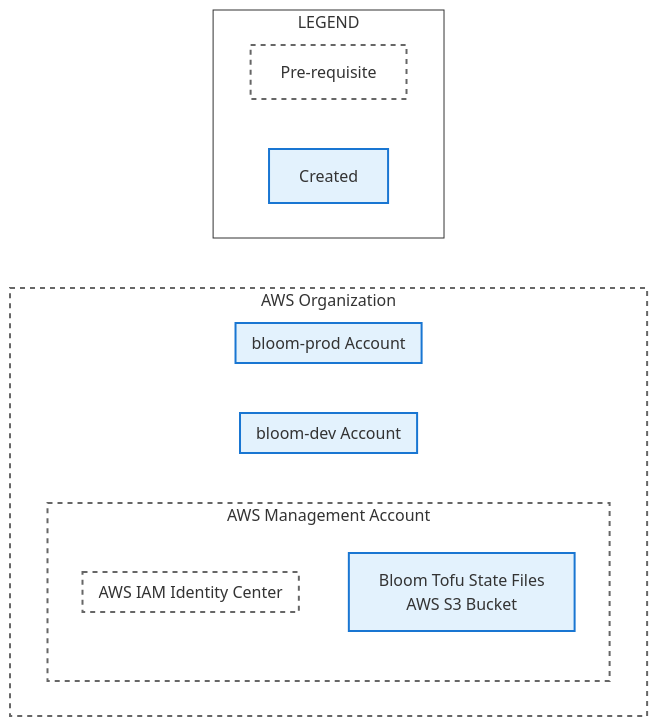
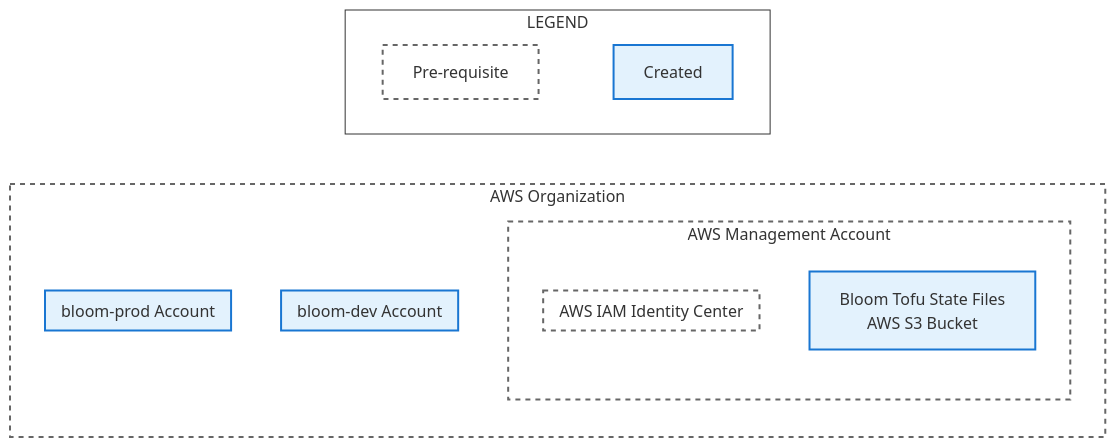
One commit to bloom-housing/bloom changed the diagram in infra/aws_deployment_guide/0_README.md. Above: the diagram before and after it, drawn with Mermaid. The commit also changed 1 other file, not shown here.

Commit message:
Try and get graphs to render top down on github

````diff
--- a/infra/aws_deployment_guide/0_README.md
+++ b/infra/aws_deployment_guide/0_README.md
@@ -9,40 +9,47 @@
 ```mermaid
-graph TD
+graph TB
   subgraph ORG[AWS Organization]
+      direction TB
+
       subgraph MA[AWS Management Account]
+          direction TB
+
           S3[Bloom Tofu State Files<br/>AWS S3 Bucket]
 
           subgraph IC[AWS IAM Identity Center]
           end
-
       end
       subgraph DEV[bloom-dev Account]
       end
       subgraph PROD[bloom-prod Account]
       end
   end
 
   subgraph LEGEND
+      direction LR
+
       PREREQ[Pre-requisite]
       CREATED[Created]
+
+      PREREQ ~~~ CREATED
   end
 
   %% Invisible link to position legend at top
   LEGEND ~~~ ORG
 
   %% Blue for manually created
   classDef manual fill:#e3f2fd,stroke:#1976d2,stroke-width:2px
   %% Dashed border for prerequisites
   classDef prerequisite fill:#fff,stroke:#666,stroke-width:2px,stroke-dasharray: 5 5
   %% Legend container style
   classDef legendStyle fill:#fff,stroke:#333,stroke-width:1px
 
   %% Apply prerequisite style to org structure
   class ORG,MA,IC,PREREQ prerequisite
 
   %% Apply legend style
   class LEGEND legendStyle
 
   %% Apply manual style (blue)
   class HUMANS,GRP_DEVELOPERS,GRP_PROD_DEPLOYERS,GRP_PROD_IAM,PS_DEV_IAM,PS_PROD_IAM,PS_DEV,PS_PROD,DEV,PROD,CREATED,S3 manual
 ```
````
